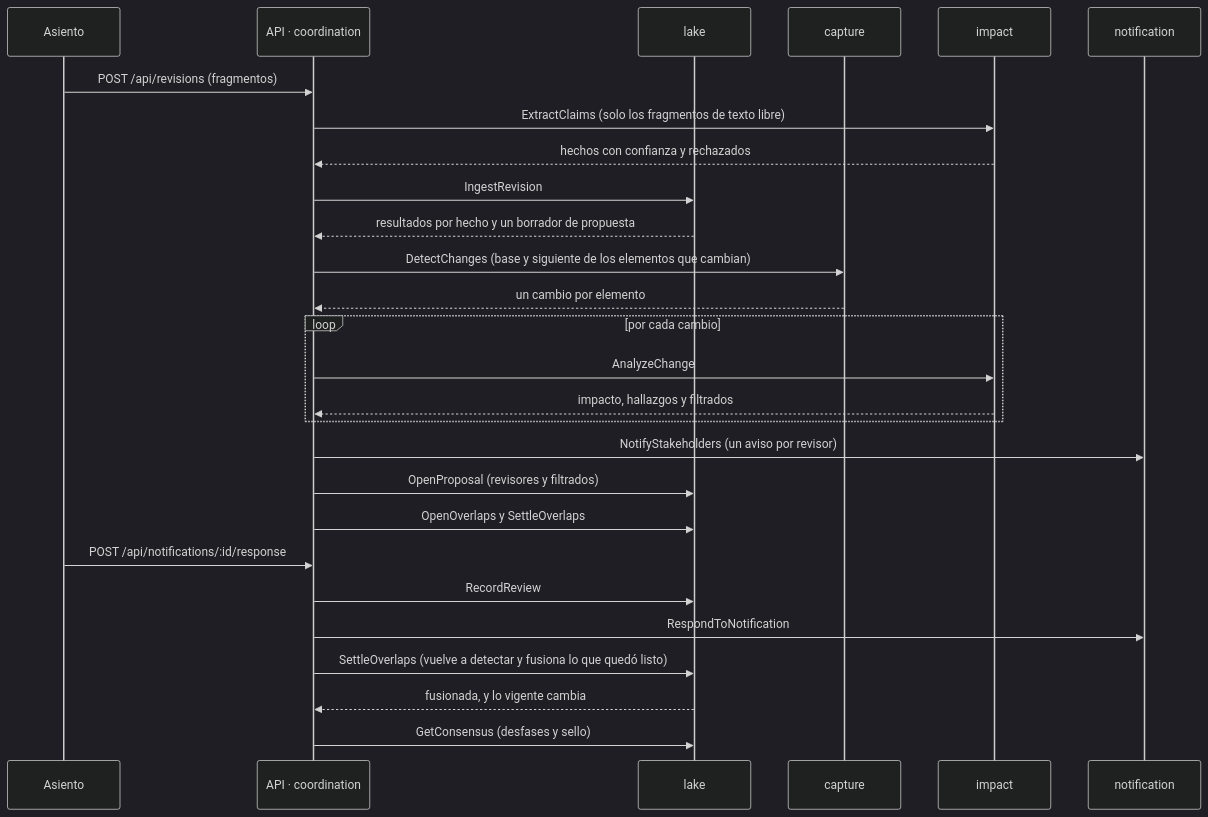
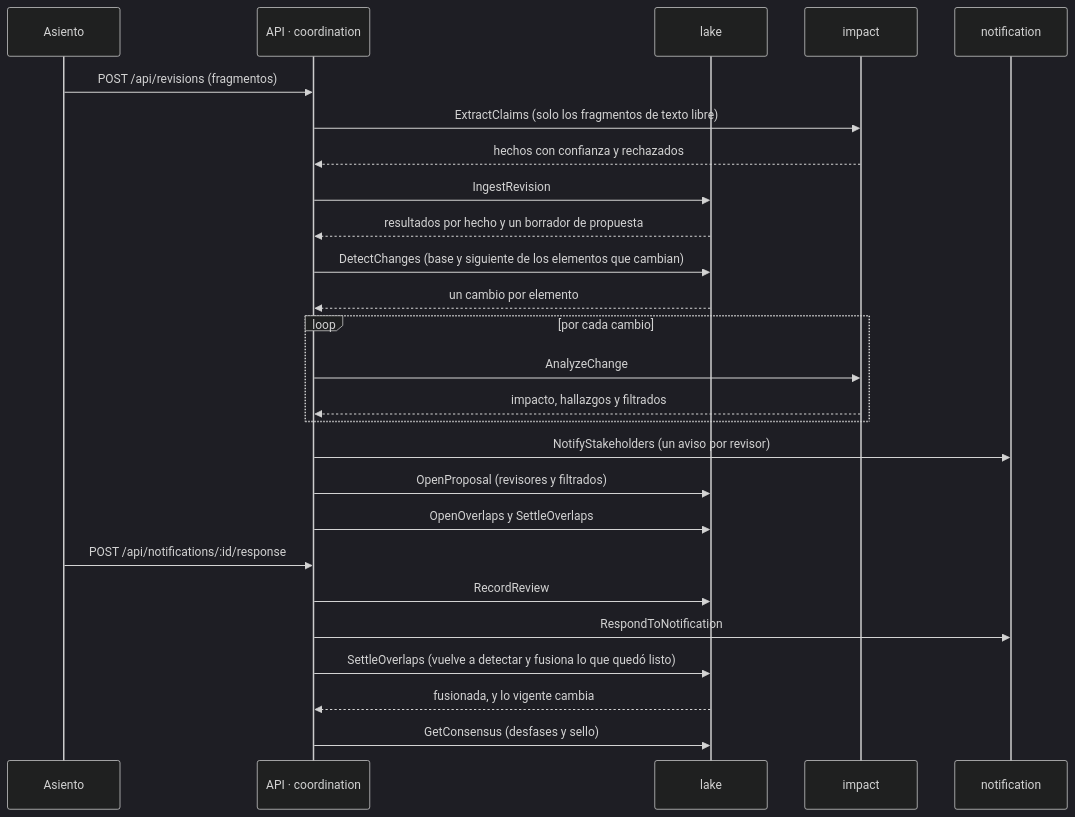
Before and after one commit to platanus-hack/platanus-hack-26-cl-team-27: the second of 2 diagrams in docs/arquitectura.md, drawn with Mermaid (dark theme). The commit also changed other lines of this file and 52 other files, not shown here.

First line of the commit message:
Funde capture en lake: el cambio por elemento vive en el lago

````diff
--- a/docs/arquitectura.md
+++ b/docs/arquitectura.md
@@ -96,29 +95,28 @@
 ```mermaid
 sequenceDiagram
   participant S as Asiento
   participant A as API · coordination
   participant L as lake
-  participant C as capture
   participant I as impact
   participant N as notification
   S->>A: POST /api/revisions (fragmentos)
   A->>I: ExtractClaims (solo los fragmentos de texto libre)
   I-->>A: hechos con confianza y rechazados
   A->>L: IngestRevision
   L-->>A: resultados por hecho y un borrador de propuesta
-  A->>C: DetectChanges (base y siguiente de los elementos que cambian)
-  C-->>A: un cambio por elemento
+  A->>L: DetectChanges (base y siguiente de los elementos que cambian)
+  L-->>A: un cambio por elemento
   loop por cada cambio
     A->>I: AnalyzeChange
     I-->>A: impacto, hallazgos y filtrados
   end
   A->>N: NotifyStakeholders (un aviso por revisor)
   A->>L: OpenProposal (revisores y filtrados)
   A->>L: OpenOverlaps y SettleOverlaps
   S->>A: POST /api/notifications/:id/response
   A->>L: RecordReview
   A->>N: RespondToNotification
   A->>L: SettleOverlaps (vuelve a detectar y fusiona lo que quedó listo)
   L-->>A: fusionada, y lo vigente cambia
   A->>L: GetConsensus (desfases y sello)
 ```
````
